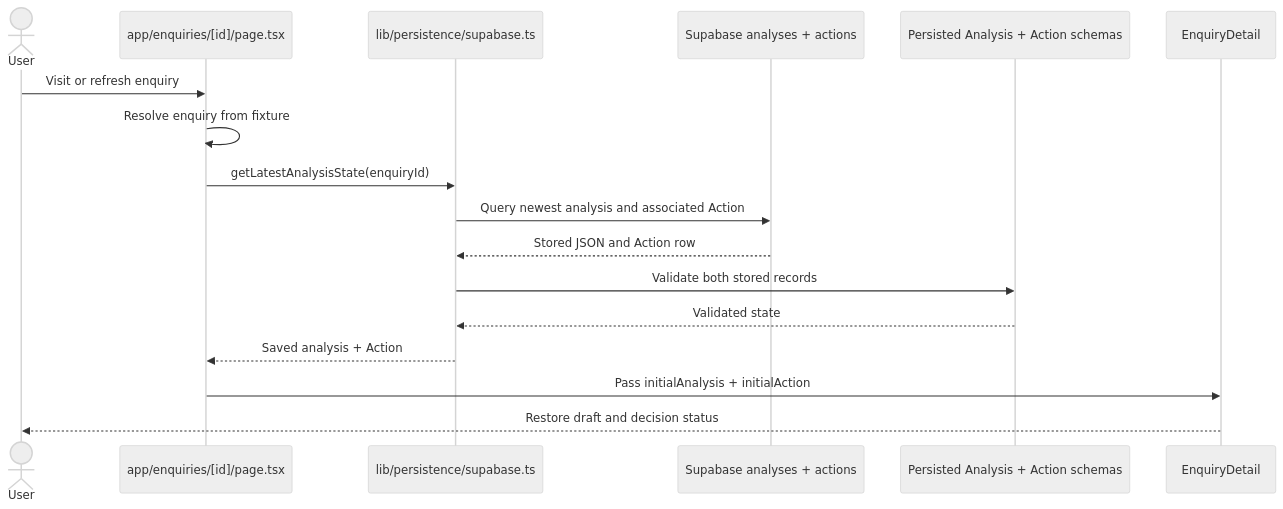
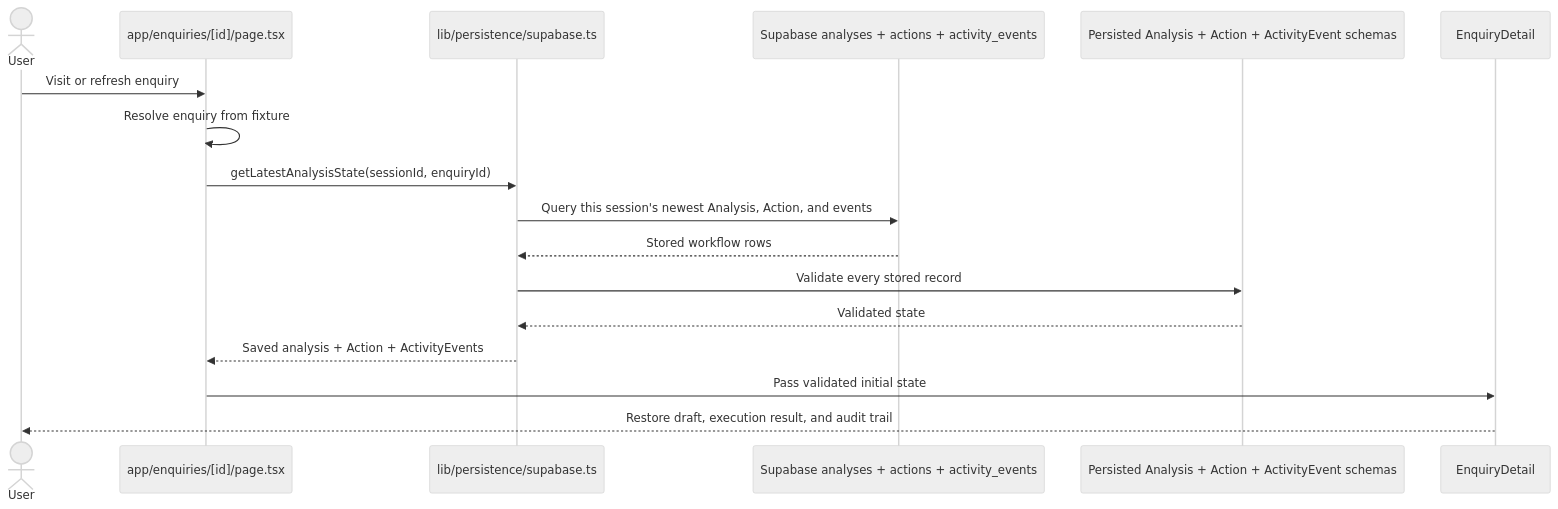
One commit to nthnmillar/morrow-ai-lead changed the fourth of 5 diagrams in ARCHITECTURE_MAP.md. Above: the diagram before and after it, drawn with Mermaid (neutral theme). The commit also changed other lines of this file and 28 other files, not shown here.

````diff
--- a/ARCHITECTURE_MAP.md
+++ b/ARCHITECTURE_MAP.md
@@ -116,20 +142,20 @@
 ```mermaid
 sequenceDiagram
   actor User
   participant Page as app/enquiries/[id]/page.tsx
   participant Persist as lib/persistence/supabase.ts
-  participant DB as Supabase analyses + actions
-  participant Zod as Persisted Analysis + Action schemas
+  participant DB as Supabase analyses + actions + activity_events
+  participant Zod as Persisted Analysis + Action + ActivityEvent schemas
   participant UI as EnquiryDetail
 
   User->>Page: Visit or refresh enquiry
   Page->>Page: Resolve enquiry from fixture
-  Page->>Persist: getLatestAnalysisState(enquiryId)
-  Persist->>DB: Query newest analysis and associated Action
-  DB-->>Persist: Stored JSON and Action row
-  Persist->>Zod: Validate both stored records
+  Page->>Persist: getLatestAnalysisState(sessionId, enquiryId)
+  Persist->>DB: Query this session's newest Analysis, Action, and events
+  DB-->>Persist: Stored workflow rows
+  Persist->>Zod: Validate every stored record
   Zod-->>Persist: Validated state
-  Persist-->>Page: Saved analysis + Action
-  Page->>UI: Pass initialAnalysis + initialAction
-  UI-->>User: Restore draft and decision status
+  Persist-->>Page: Saved analysis + Action + ActivityEvents
+  Page->>UI: Pass validated initial state
+  UI-->>User: Restore draft, execution result, and audit trail
 ```
````
